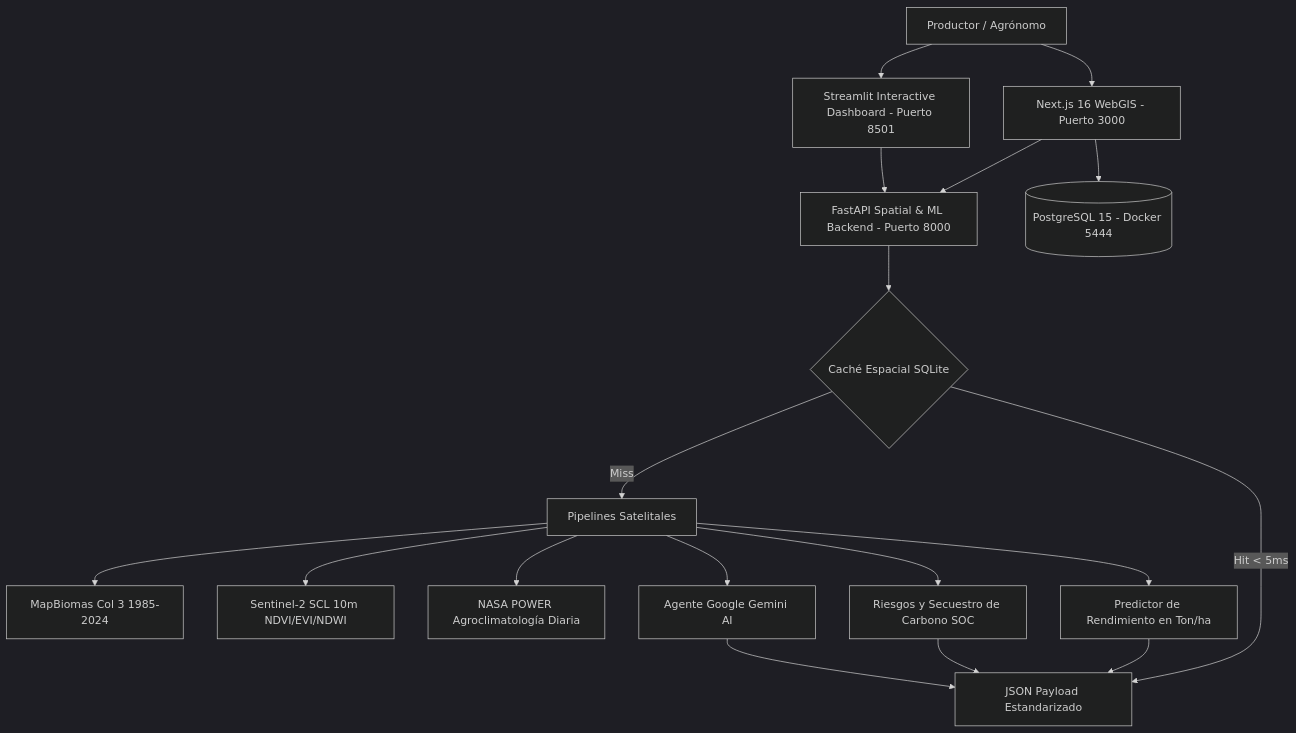
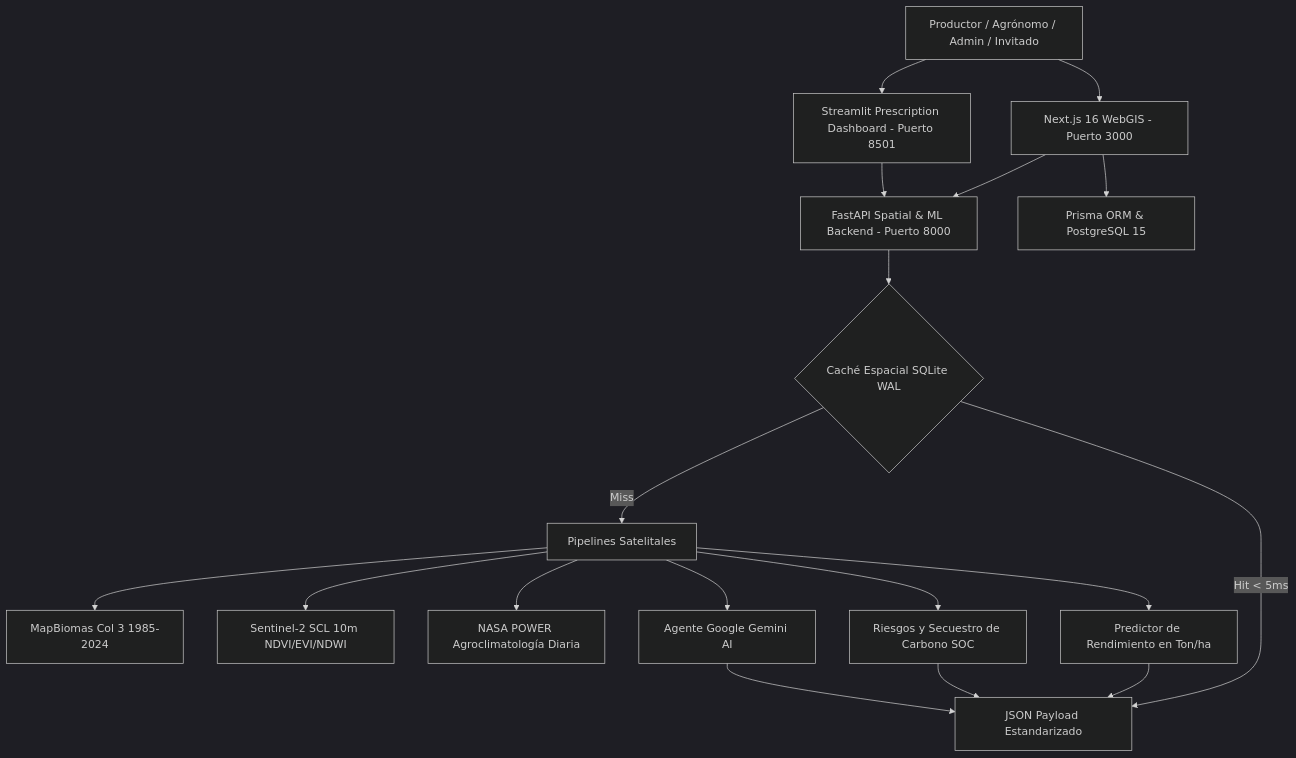
Before and after one commit to frankSousa23/agrotech-venezuela: the diagram in README.md, drawn with Mermaid (dark theme). The commit also changed other lines of this file and 1 other file, not shown here.

````diff
--- a/README.md
+++ b/README.md
@@ -33,26 +36,26 @@
 ```mermaid
 graph TD
-  User[Productor / Agrónomo] --> Web[Next.js 16 WebGIS - Puerto 3000]
-  User --> Dash[Streamlit Interactive Dashboard - Puerto 8501]
+  User[Productor / Agrónomo / Admin / Invitado] --> Web[Next.js 16 WebGIS - Puerto 3000]
+  User --> Dash[Streamlit Prescription Dashboard - Puerto 8501]
   
   Web --> FastApi[FastAPI Spatial & ML Backend - Puerto 8000]
   Dash --> FastApi
   
-  FastApi --> Cache{Caché Espacial SQLite}
+  FastApi --> Cache{Caché Espacial SQLite WAL}
   Cache -->|Hit < 5ms| Response[JSON Payload Estandarizado]
   Cache -->|Miss| Ingestion[Pipelines Satelitales]
   
   Ingestion --> GEE[MapBiomas Col 3 1985-2024]
   Ingestion --> S2[Sentinel-2 SCL 10m NDVI/EVI/NDWI]
   Ingestion --> NASA[NASA POWER Agroclimatología Diaria]
   
   Ingestion --> ML[Predictor de Rendimiento en Ton/ha]
   Ingestion --> Risk[Riesgos y Secuestro de Carbono SOC]
   Ingestion --> Gemini[Agente Google Gemini AI]
   
   ML --> Response
   Risk --> Response
   Gemini --> Response
   
-  Web --> PG[(PostgreSQL 15 - Docker 5444)]
+  Web --> Prisma[Prisma ORM & PostgreSQL 15]
 ```
````
